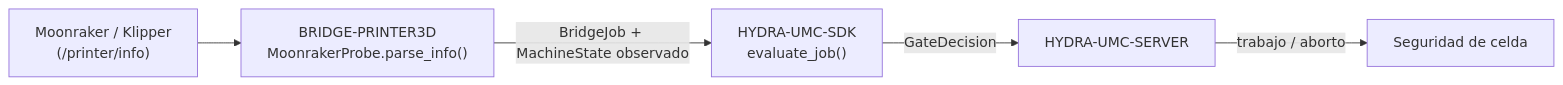
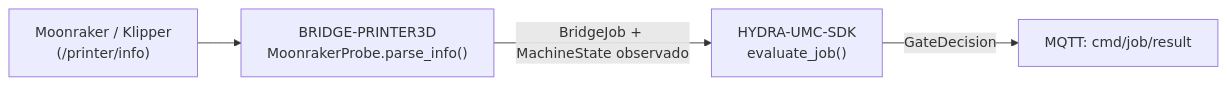
Before and after one commit to JuanenRac/HYDRA-UMC-BRIDGE-PRINTER3D: the diagram in README_spa.md, drawn with Mermaid. The commit also changed other lines of this file and 21 other files, not shown here.

````diff
--- a/README_spa.md
+++ b/README_spa.md
@@ -50,7 +51,6 @@
 ```mermaid
 flowchart LR
     PRINTER["Moonraker / Klipper<br/>(/printer/info)"] --> BRIDGE["BRIDGE-PRINTER3D<br/>MoonrakerProbe.parse_info()"]
     BRIDGE -- "BridgeJob + MachineState observado" --> SDK["HYDRA-UMC-SDK<br/>evaluate_job()"]
-    SDK -- GateDecision --> SERVER["HYDRA-UMC-SERVER"]
-    SERVER -- "trabajo / aborto" --> CELL["Seguridad de celda"]
+    SDK -- GateDecision --> RESULT["MQTT: cmd/job/result"]
 ```
````
